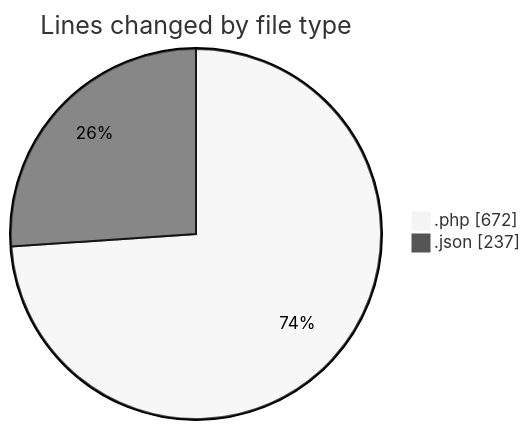
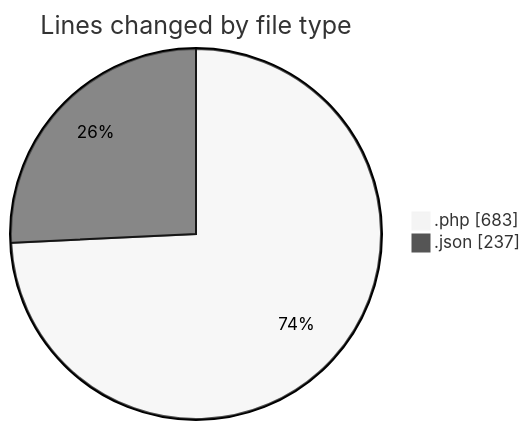
Before and after one commit to idhammustaqopulfikri/code-tracking: the first of 2 diagrams in 2025-05-28/studio-backend/README.md, drawn with Mermaid (neutral theme). The commit also changed other lines of this file and 1 other file, not shown here.

````diff
--- a/2025-05-28/studio-backend/README.md
+++ b/2025-05-28/studio-backend/README.md
@@ -35,6 +35,6 @@
 ```mermaid
 pie showData
 title Lines changed by file type
-".php" : 672
+".php" : 683
 ".json" : 237
 ```
````
